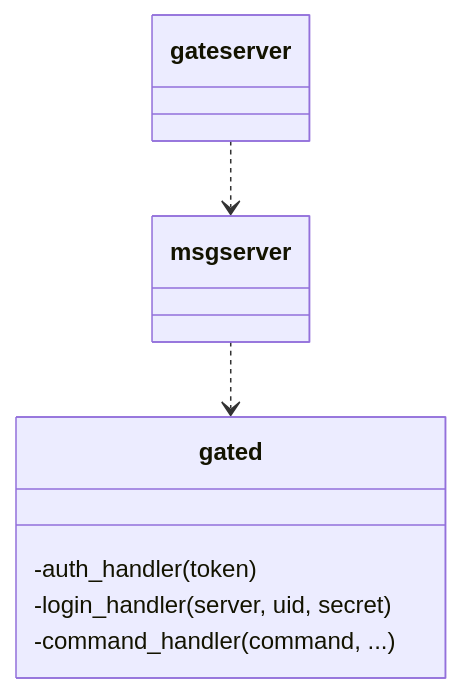
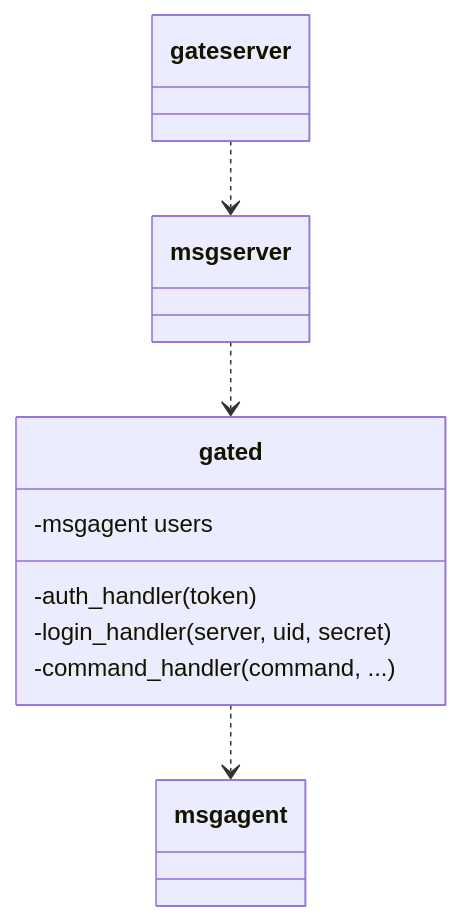
The diagram in Skynet/Skynet案例2：Game.md (XieShou/Note), drawn with Mermaid before and after one commit. The commit also changed other lines of this file and 4 other files, not shown here.

````diff
--- a/Skynet/Skynet案例2：Game.md
+++ b/Skynet/Skynet案例2：Game.md
@@ -5,15 +5,19 @@
 ```mermaid
 classDiagram
     class gated{
         -auth_handler(token)
         -login_handler(server, uid, secret)
         -command_handler(command, ...)
+        -msgagent users 
     }
     class msgserver{
     }
     class gateserver{
     }
+    class msgagent{
+    }
 
 msgserver..> gated
 gateserver..> msgserver
+gated..> msgagent
 ```
````
